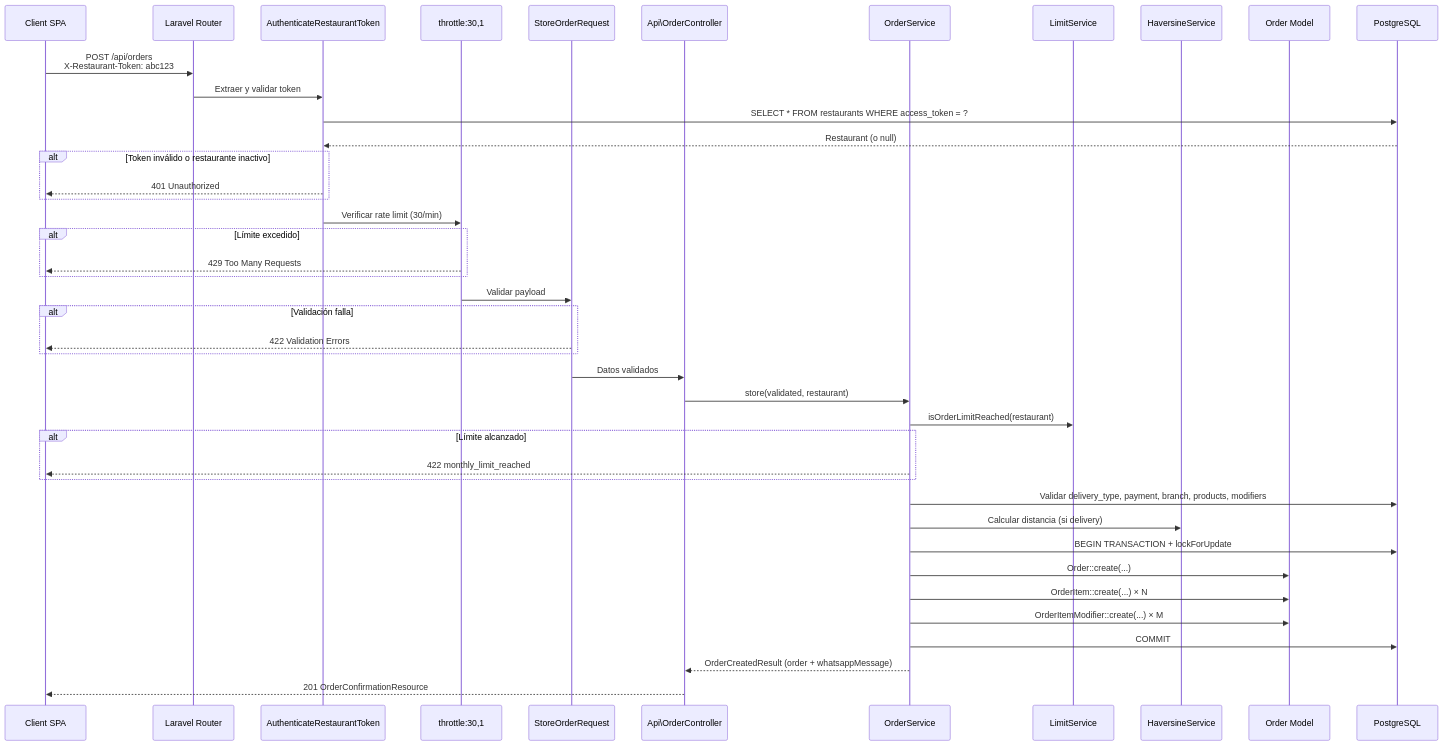
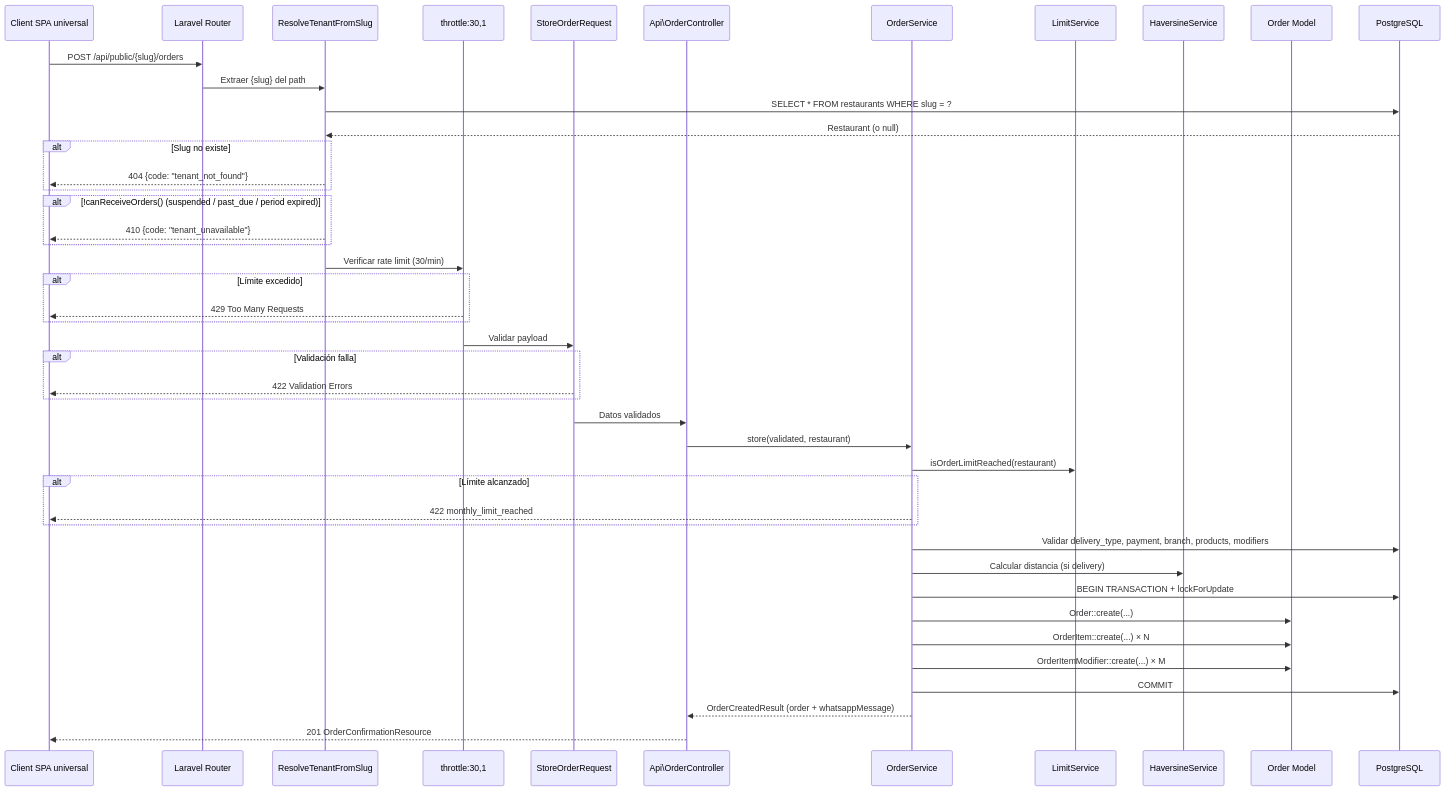
One commit to apscreativas/pideaqui-back changed the seventh of 14 diagrams in docs/BACKEND_ARCHITECTURE_DIAGRAMS.md. Above: the diagram before and after it, drawn with Mermaid. The commit also changed other lines of this file and 84 other files, not shown here.

````diff
--- a/docs/BACKEND_ARCHITECTURE_DIAGRAMS.md
+++ b/docs/BACKEND_ARCHITECTURE_DIAGRAMS.md
@@ -501,53 +510,56 @@
 ```mermaid
 sequenceDiagram
-    participant SPA as Client SPA
+    participant SPA as Client SPA universal
     participant Laravel as Laravel Router
-    participant TokenMW as AuthenticateRestaurantToken
+    participant SlugMW as ResolveTenantFromSlug
     participant Throttle as throttle:30,1
     participant FR as StoreOrderRequest
     participant Ctrl as Api\OrderController
     participant OS as OrderService
     participant LS as LimitService
     participant HS as HaversineService
     participant Model as Order Model
     participant DB as PostgreSQL
 
-    SPA->>Laravel: POST /api/orders<br/>X-Restaurant-Token: abc123
-    Laravel->>TokenMW: Extraer y validar token
-    TokenMW->>DB: SELECT * FROM restaurants WHERE access_token = ?
-    DB-->>TokenMW: Restaurant (o null)
+    SPA->>Laravel: POST /api/public/{slug}/orders
+    Laravel->>SlugMW: Extraer {slug} del path
+    SlugMW->>DB: SELECT * FROM restaurants WHERE slug = ?
+    DB-->>SlugMW: Restaurant (o null)
 
-    alt Token inválido o restaurante inactivo
-        TokenMW-->>SPA: 401 Unauthorized
+    alt Slug no existe
+        SlugMW-->>SPA: 404 {code: "tenant_not_found"}
+    end
+    alt !canReceiveOrders() (suspended / past_due / period expired)
+        SlugMW-->>SPA: 410 {code: "tenant_unavailable"}
     end
 
-    TokenMW->>Throttle: Verificar rate limit (30/min)
+    SlugMW->>Throttle: Verificar rate limit (30/min)
 
     alt Límite excedido
         Throttle-->>SPA: 429 Too Many Requests
     end
 
     Throttle->>FR: Validar payload
 
     alt Validación falla
         FR-->>SPA: 422 Validation Errors
     end
 
     FR->>Ctrl: Datos validados
     Ctrl->>OS: store(validated, restaurant)
     OS->>LS: isOrderLimitReached(restaurant)
 
     alt Límite alcanzado
         OS-->>SPA: 422 monthly_limit_reached
     end
 
     OS->>DB: Validar delivery_type, payment, branch, products, modifiers
     OS->>HS: Calcular distancia (si delivery)
     OS->>DB: BEGIN TRANSACTION + lockForUpdate
     OS->>Model: Order::create(...)
     OS->>Model: OrderItem::create(...) × N
     OS->>Model: OrderItemModifier::create(...) × M
     OS->>DB: COMMIT
     OS-->>Ctrl: OrderCreatedResult (order + whatsappMessage)
     Ctrl-->>SPA: 201 OrderConfirmationResource
 ```
````
